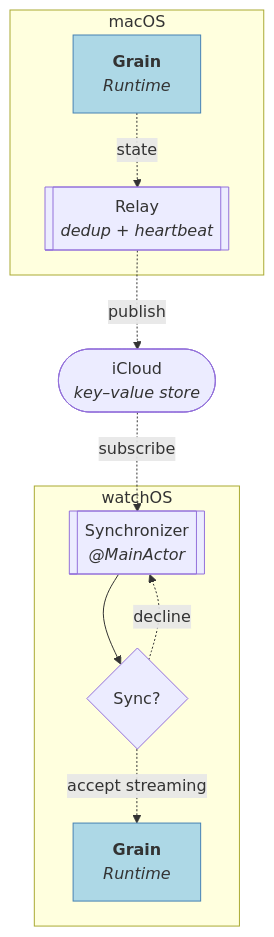
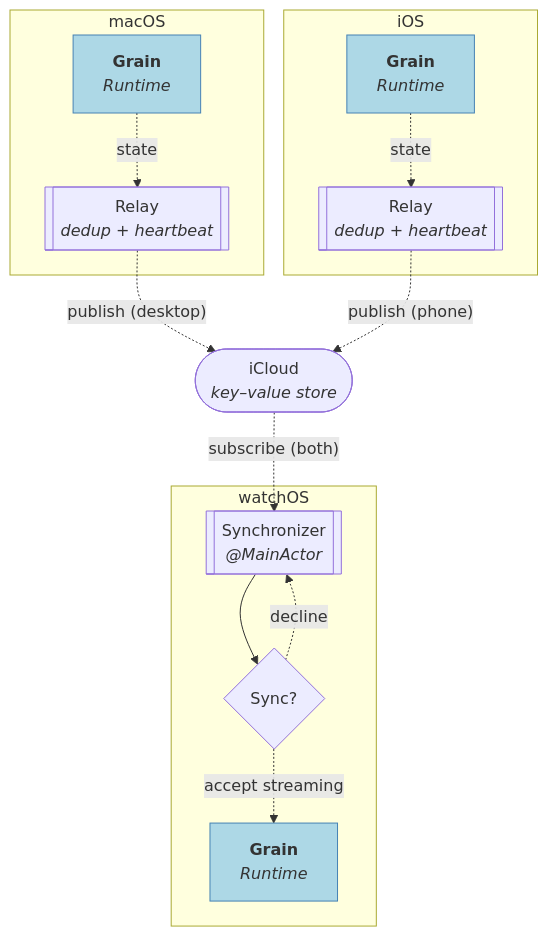
Before and after one commit to vitalydolgov/grain-desktop: the second of 2 diagrams in CLAUDE.md, drawn with Mermaid. The commit also changed other lines of this file and 8 other files, not shown here.

First line of the commit message:
Make iPhone a sync source; watch follows Mac or iPhone

````diff
--- a/CLAUDE.md
+++ b/CLAUDE.md
@@ -61,25 +61,32 @@
 ```mermaid
 flowchart TD
     subgraph macOS
         DGrain["<b>Grain</b><br/><i>Runtime</i>"]
-        Relay[["Relay<br/><i>dedup + heartbeat</i>"]]
-        DGrain -.->|state| Relay
+        DRelay[["Relay<br/><i>dedup + heartbeat</i>"]]
+        DGrain -.->|state| DRelay
+    end
+
+    subgraph iOS
+        PGrain["<b>Grain</b><br/><i>Runtime</i>"]
+        PRelay[["Relay<br/><i>dedup + heartbeat</i>"]]
+        PGrain -.->|state| PRelay
     end
 
     Cloud(["iCloud<br/><i>key–value store</i>"])
 
     subgraph watchOS
         Sync[["Synchronizer<br/><i>@MainActor</i>"]]
         Choice{"Sync?"}
         WGrain["<b>Grain</b><br/><i>Runtime</i>"]
         Sync --> Choice
         Choice -.->|"accept streaming"| WGrain
         Choice -.->|decline| Sync
     end
 
-    Relay -.->|publish| Cloud
-    Cloud -.->|subscribe| Sync
+    DRelay -.->|"publish (desktop)"| Cloud
+    PRelay -.->|"publish (phone)"| Cloud
+    Cloud -.->|"subscribe (both)"| Sync
 
     classDef grain fill:lightblue,stroke:steelblue
-    class DGrain,WGrain grain
+    class DGrain,PGrain,WGrain grain
 ```
````
